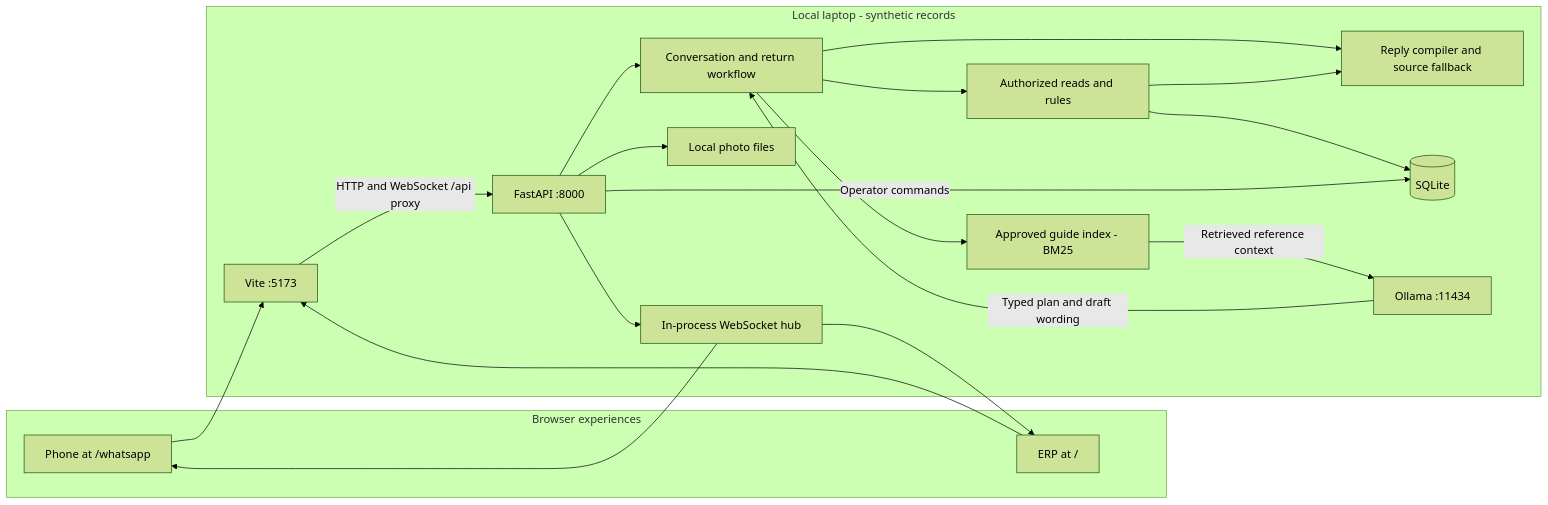
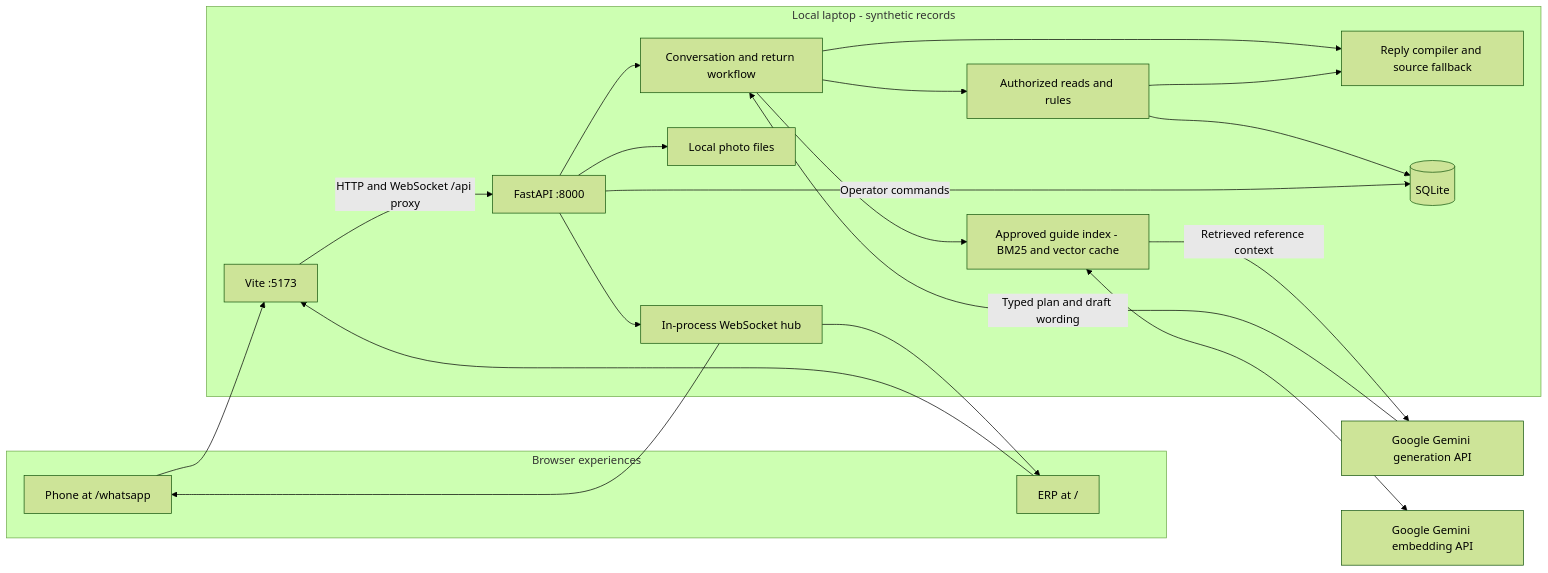
Before and after one commit to presish1/aim-retail-support: the first of 3 diagrams in docs/03-architecture.md, drawn with Mermaid (forest theme). The commit also changed other lines of this file and 37 other files, not shown here.

````diff
--- a/docs/03-architecture.md
+++ b/docs/03-architecture.md
@@ -11,34 +11,36 @@
 ```mermaid
 flowchart LR
     subgraph Browser[Browser experiences]
         PHONE[Phone at /whatsapp]
         ERP[ERP at /]
     end
     subgraph Local[Local laptop - synthetic records]
         V[Vite :5173]
         API[FastAPI :8000]
         WF[Conversation and return workflow]
-        KB[Approved guide index - BM25]
+        KB[Approved guide index - BM25 and vector cache]
         COMP[Reply compiler and source fallback]
         READ[Authorized reads and rules]
         DB[(SQLite)]
         FILES[Local photo files]
         HUB[In-process WebSocket hub]
-        O[Ollama :11434]
     end
+    O[Google Gemini generation API]
+    E[Google Gemini embedding API]
     PHONE --> V
     ERP --> V
     V -->|HTTP and WebSocket /api proxy| API
     API --> WF
     WF --> KB
+    KB <--> E
     KB -->|Retrieved reference context| O
     O -->|Typed plan and draft wording| WF
     WF --> READ --> DB
     WF --> COMP
     READ --> COMP
     API -->|Operator commands| DB
     API --> FILES
     API --> HUB
     HUB --> PHONE
     HUB --> ERP
 ```
````
